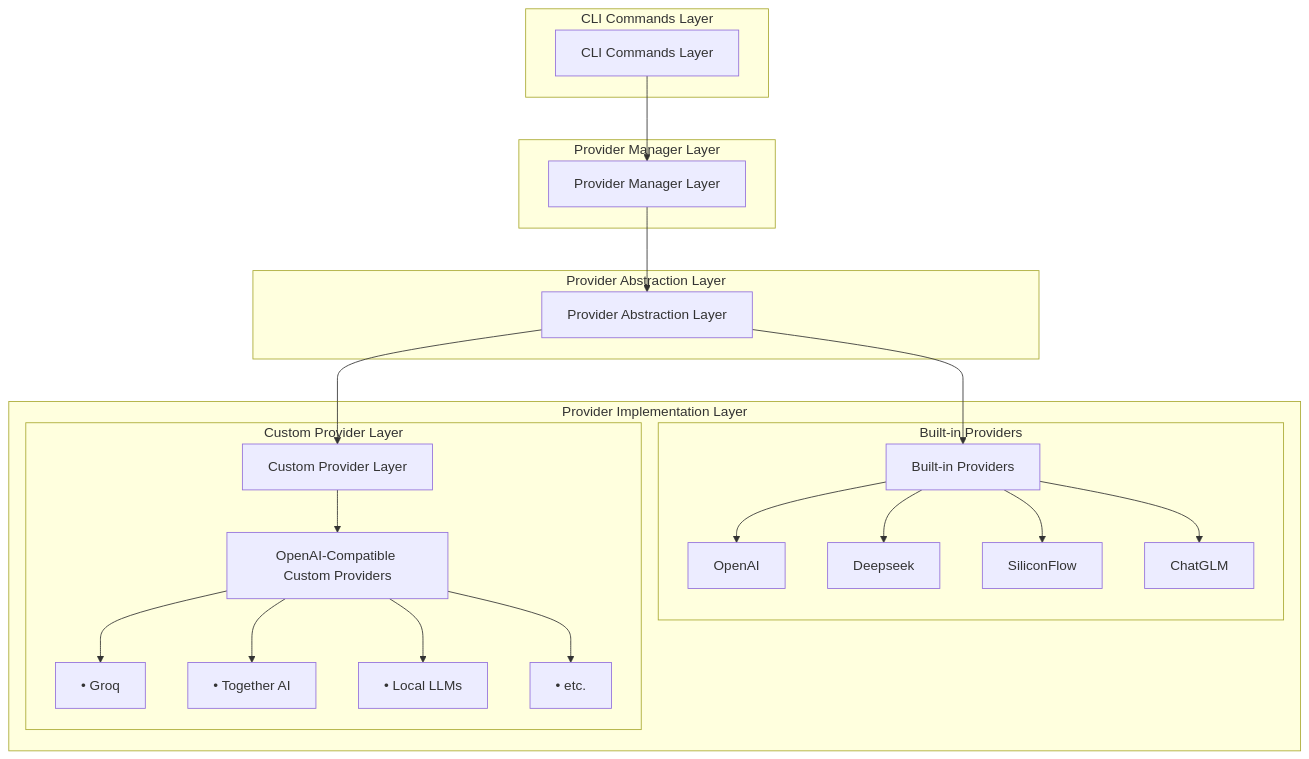
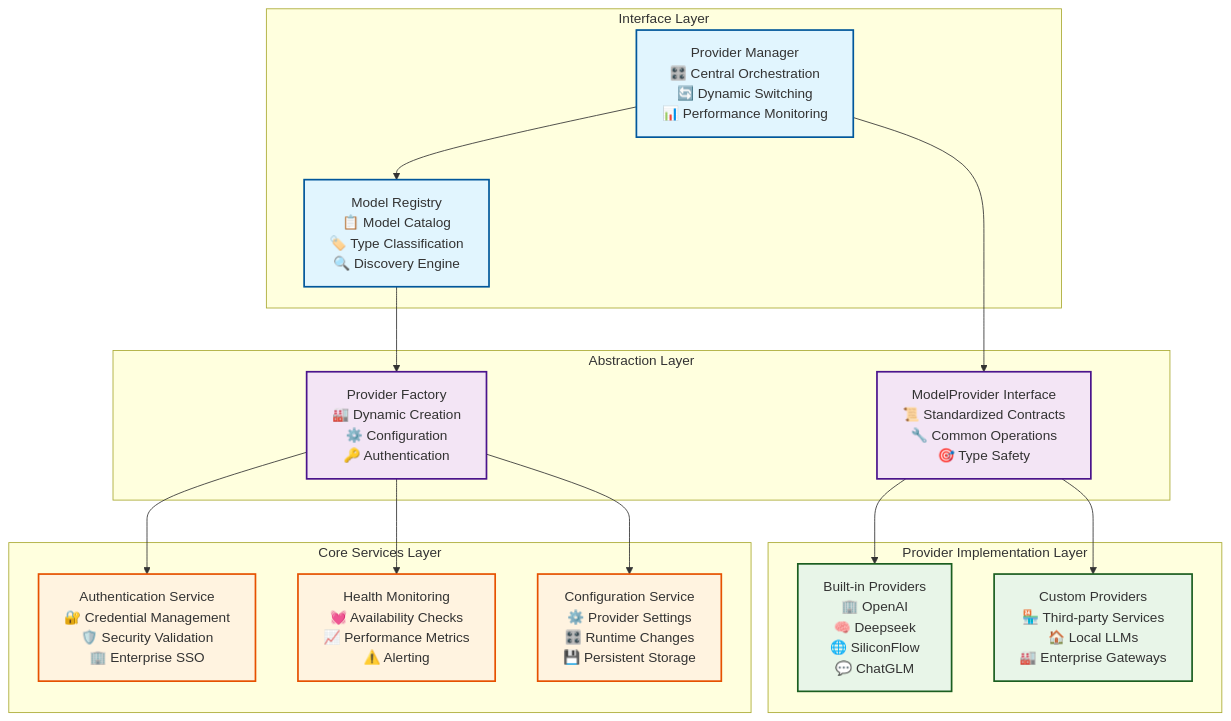
One commit to phona/learning-catalyst changed the first of 2 diagrams in docs/technical/system-architecture/provider-integration.md. Above: the diagram before and after it, drawn with Mermaid. The commit also changed other lines of this file and 19 other files, not shown here.

````diff
--- a/docs/technical/system-architecture/provider-integration.md
+++ b/docs/technical/system-architecture/provider-integration.md
@@ -20,47 +34,42 @@
 ```mermaid
 graph TB
-    subgraph "CLI Commands Layer"
-        CLI[CLI Commands Layer]
+    subgraph "Interface Layer"
+        Manager[Provider Manager<br/>🎛️ Central Orchestration<br/>🔄 Dynamic Switching<br/>📊 Performance Monitoring]
+        Registry[Model Registry<br/>📋 Model Catalog<br/>🏷️ Type Classification<br/>🔍 Discovery Engine]
     end
 
-    subgraph "Provider Manager Layer"
-        PM[Provider Manager Layer]
-    end
-
-    subgraph "Provider Abstraction Layer"
-        PA[Provider Abstraction Layer]
+    subgraph "Abstraction Layer"
+        Interface[ModelProvider Interface<br/>📜 Standardized Contracts<br/>🔧 Common Operations<br/>🎯 Type Safety]
+        Factory[Provider Factory<br/>🏭 Dynamic Creation<br/>⚙️ Configuration<br/>🔑 Authentication]
     end
 
     subgraph "Provider Implementation Layer"
-        subgraph "Built-in Providers"
-            BIP[Built-in Providers]
-            OpenAI[OpenAI]
-            Deepseek[Deepseek]
-            SiliconFlow[SiliconFlow]
-            ChatGLM[ChatGLM]
-        end
-
-        subgraph "Custom Provider Layer"
-            CPL[Custom Provider Layer]
-            OAI[OpenAI-Compatible Custom Providers]
-            Groq[• Groq]
-            TogetherAI[• Together AI]
-            LocalLLMs[• Local LLMs]
-            Others[• etc.]
-        end
+        BuiltIn[Built-in Providers<br/>🏢 OpenAI<br/>🧠 Deepseek<br/>🌐 SiliconFlow<br/>💬 ChatGLM]
+        Custom[Custom Providers<br/>🏪 Third-party Services<br/>🏠 Local LLMs<br/>🏭 Enterprise Gateways]
     end
 
-    CLI --> PM
-    PM --> PA
-    PA --> BIP
-    PA --> CPL
-    BIP --> OpenAI
-    BIP --> Deepseek
-    BIP --> SiliconFlow
-    BIP --> ChatGLM
-    CPL --> OAI
-    OAI --> Groq
-    OAI --> TogetherAI
-    OAI --> LocalLLMs
-    OAI --> Others
+    subgraph "Core Services Layer"
+        Auth[Authentication Service<br/>🔐 Credential Management<br/>🛡️ Security Validation<br/>🏢 Enterprise SSO]
+        Health[Health Monitoring<br/>💓 Availability Checks<br/>📈 Performance Metrics<br/>⚠️ Alerting]
+        Config[Configuration Service<br/>⚙️ Provider Settings<br/>🎛️ Runtime Changes<br/>💾 Persistent Storage]
+    end
+
+    Manager --> Registry
+    Manager --> Interface
+    Registry --> Factory
+    Interface --> BuiltIn
+    Interface --> Custom
+    Factory --> Auth
+    Factory --> Health
+    Factory --> Config
+
+    classDef interfaceLayer fill:#e1f5fe,stroke:#01579b,stroke-width:2px
+    classDef abstractionLayer fill:#f3e5f5,stroke:#4a148c,stroke-width:2px
+    classDef providerLayer fill:#e8f5e8,stroke:#1b5e20,stroke-width:2px
+    classDef serviceLayer fill:#fff3e0,stroke:#e65100,stroke-width:2px
+
+    class Manager,Registry interfaceLayer
+    class Interface,Factory abstractionLayer
+    class BuiltIn,Custom providerLayer
+    class Auth,Health,Config serviceLayer
 ```
````
